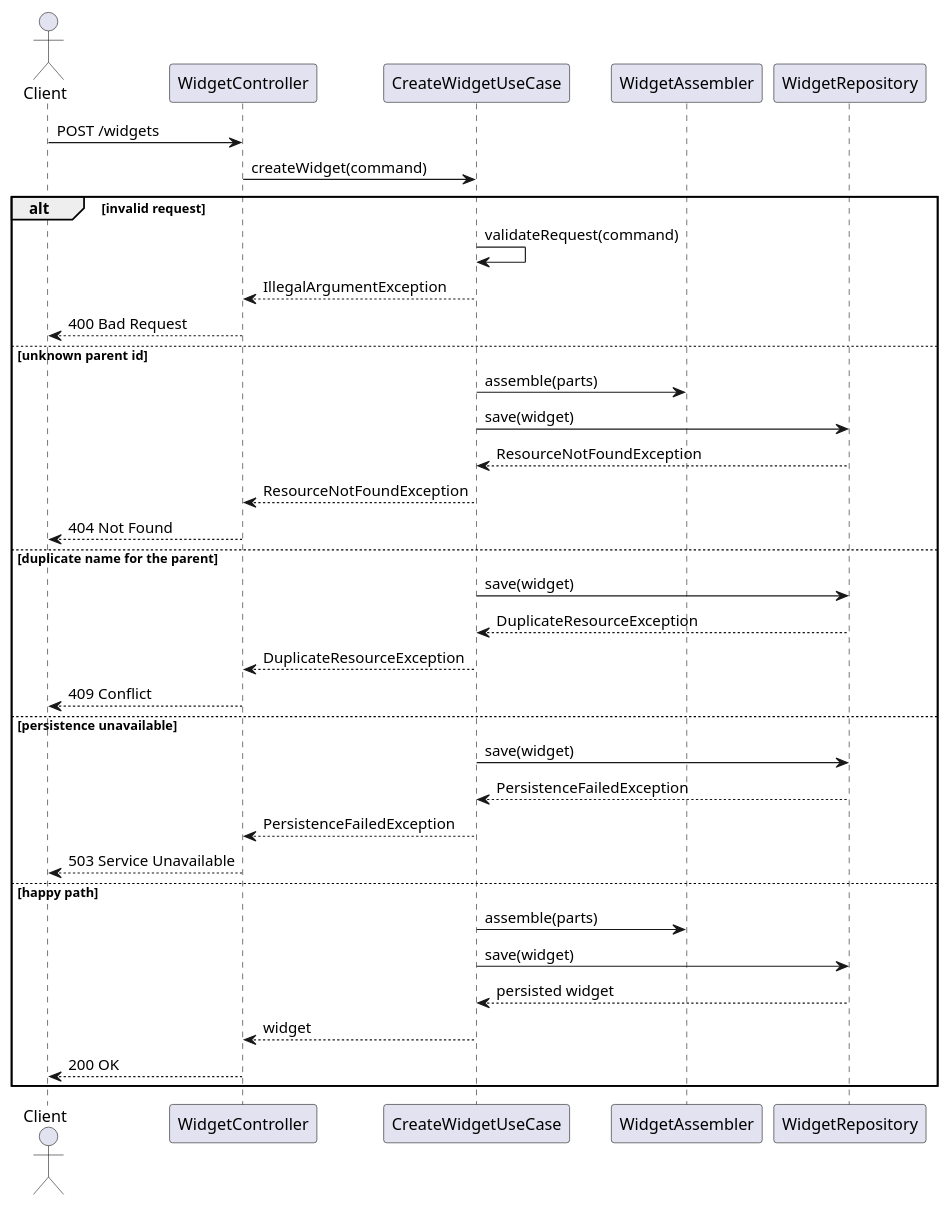
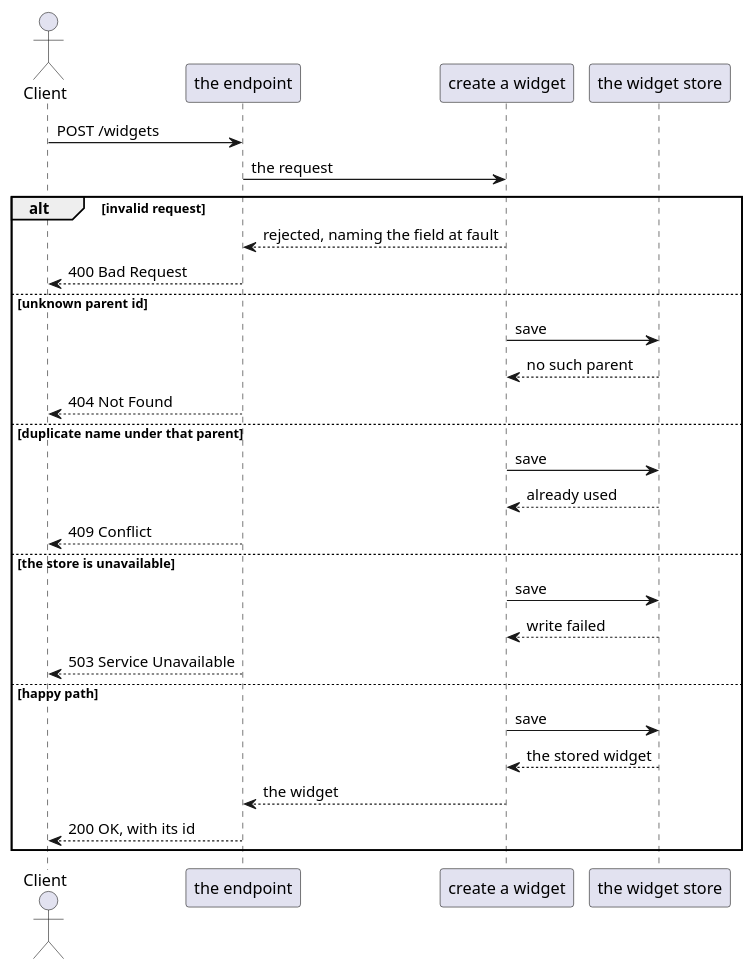
One commit to ds-usova/finance-bot changed the second of 2 diagrams in .claude/templates/example-design.md. Above: the diagram before and after it, drawn with PlantUML. The commit also changed other lines of this file and 59 other files, not shown here.

````diff
--- a/.claude/templates/example-design.md
+++ b/.claude/templates/example-design.md
@@ -99,35 +64,33 @@
 ```plantuml
 @startuml
 actor Client
-Client -> WidgetController : POST /widgets
-WidgetController -> CreateWidgetUseCase : createWidget(command)
+participant "the endpoint" as API
+participant "create a widget" as Create
+participant "the widget store" as Store
+
+Client -> API : POST /widgets
+API -> Create : the request
 
 alt invalid request
-    CreateWidgetUseCase -> CreateWidgetUseCase : validateRequest(command)
-    CreateWidgetUseCase --> WidgetController : IllegalArgumentException
-    WidgetController --> Client : 400 Bad Request
+    Create --> API : rejected, naming the field at fault
+    API --> Client : 400 Bad Request
 else unknown parent id
-    CreateWidgetUseCase -> WidgetAssembler : assemble(parts)
-    CreateWidgetUseCase -> WidgetRepository : save(widget)
-    WidgetRepository --> CreateWidgetUseCase : ResourceNotFoundException
-    CreateWidgetUseCase --> WidgetController : ResourceNotFoundException
-    WidgetController --> Client : 404 Not Found
-else duplicate name for the parent
-    CreateWidgetUseCase -> WidgetRepository : save(widget)
-    WidgetRepository --> CreateWidgetUseCase : DuplicateResourceException
-    CreateWidgetUseCase --> WidgetController : DuplicateResourceException
-    WidgetController --> Client : 409 Conflict
-else persistence unavailable
-    CreateWidgetUseCase -> WidgetRepository : save(widget)
-    WidgetRepository --> CreateWidgetUseCase : PersistenceFailedException
-    CreateWidgetUseCase --> WidgetController : PersistenceFailedException
-    WidgetController --> Client : 503 Service Unavailable
+    Create -> Store : save
+    Store --> Create : no such parent
+    API --> Client : 404 Not Found
+else duplicate name under that parent
+    Create -> Store : save
+    Store --> Create : already used
+    API --> Client : 409 Conflict
+else the store is unavailable
+    Create -> Store : save
+    Store --> Create : write failed
+    API --> Client : 503 Service Unavailable
 else happy path
-    CreateWidgetUseCase -> WidgetAssembler : assemble(parts)
-    CreateWidgetUseCase -> WidgetRepository : save(widget)
-    WidgetRepository --> CreateWidgetUseCase : persisted widget
-    CreateWidgetUseCase --> WidgetController : widget
-    WidgetController --> Client : 200 OK
+    Create -> Store : save
+    Store --> Create : the stored widget
+    Create --> API : the widget
+    API --> Client : 200 OK, with its id
 end
 @enduml
 ```
````
